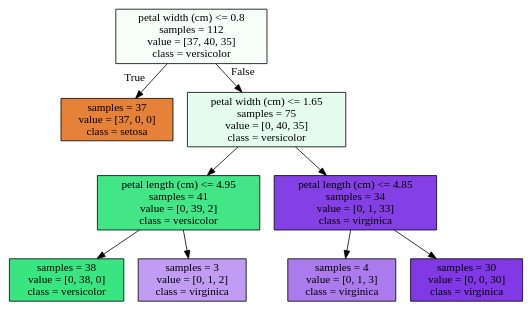
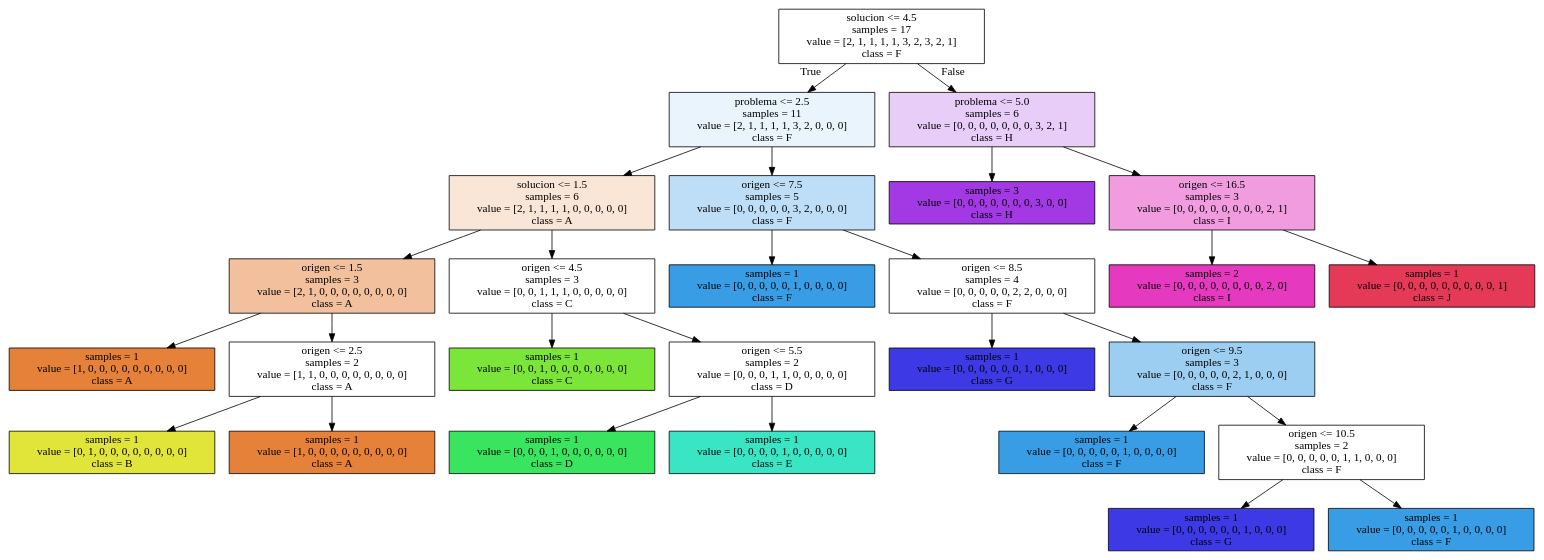
The diagram in docs/Source.gv (JosephPG/DecisionTreeExample), drawn with Graphviz before and after one commit. The commit also changed 16 other files, not shown here.

```diff
--- a/docs/Source.gv
+++ b/docs/Source.gv
@@ -1,20 +1,56 @@
 digraph Tree {
 node [shape=box, style="filled", color="black"] ;
-0 [label="petal width (cm) <= 0.8\nsamples = 112\nvalue = [37, 40, 35]\nclass = versicolor", fillcolor="#39e5810a"] ;
-1 [label="samples = 37\nvalue = [37, 0, 0]\nclass = setosa", fillcolor="#e58139ff"] ;
+0 [label="solucion <= 4.5\nsamples = 17\nvalue = [2, 1, 1, 1, 1, 3, 2, 3, 2, 1]\nclass = F", fillcolor="#399de500"] ;
+1 [label="problema <= 2.5\nsamples = 11\nvalue = [2, 1, 1, 1, 1, 3, 2, 0, 0, 0]\nclass = F", fillcolor="#399de51c"] ;
 0 -> 1 [labeldistance=2.5, labelangle=45, headlabel="True"] ;
-2 [label="petal width (cm) <= 1.65\nsamples = 75\nvalue = [0, 40, 35]\nclass = versicolor", fillcolor="#39e58120"] ;
-0 -> 2 [labeldistance=2.5, labelangle=-45, headlabel="False"] ;
-3 [label="petal length (cm) <= 4.95\nsamples = 41\nvalue = [0, 39, 2]\nclass = versicolor", fillcolor="#39e581f2"] ;
+2 [label="solucion <= 1.5\nsamples = 6\nvalue = [2, 1, 1, 1, 1, 0, 0, 0, 0, 0]\nclass = A", fillcolor="#e5813933"] ;
+1 -> 2 ;
+3 [label="origen <= 1.5\nsamples = 3\nvalue = [2, 1, 0, 0, 0, 0, 0, 0, 0, 0]\nclass = A", fillcolor="#e581397f"] ;
 2 -> 3 ;
-4 [label="samples = 38\nvalue = [0, 38, 0]\nclass = versicolor", fillcolor="#39e581ff"] ;
+4 [label="samples = 1\nvalue = [1, 0, 0, 0, 0, 0, 0, 0, 0, 0]\nclass = A", fillcolor="#e58139ff"] ;
 3 -> 4 ;
-5 [label="samples = 3\nvalue = [0, 1, 2]\nclass = virginica", fillcolor="#8139e57f"] ;
+5 [label="origen <= 2.5\nsamples = 2\nvalue = [1, 1, 0, 0, 0, 0, 0, 0, 0, 0]\nclass = A", fillcolor="#e5813900"] ;
 3 -> 5 ;
-6 [label="petal length (cm) <= 4.85\nsamples = 34\nvalue = [0, 1, 33]\nclass = virginica", fillcolor="#8139e5f7"] ;
-2 -> 6 ;
-7 [label="samples = 4\nvalue = [0, 1, 3]\nclass = virginica", fillcolor="#8139e5aa"] ;
-6 -> 7 ;
-8 [label="samples = 30\nvalue = [0, 0, 30]\nclass = virginica", fillcolor="#8139e5ff"] ;
-6 -> 8 ;
+6 [label="samples = 1\nvalue = [0, 1, 0, 0, 0, 0, 0, 0, 0, 0]\nclass = B", fillcolor="#e2e539ff"] ;
+5 -> 6 ;
+7 [label="samples = 1\nvalue = [1, 0, 0, 0, 0, 0, 0, 0, 0, 0]\nclass = A", fillcolor="#e58139ff"] ;
+5 -> 7 ;
+8 [label="origen <= 4.5\nsamples = 3\nvalue = [0, 0, 1, 1, 1, 0, 0, 0, 0, 0]\nclass = C", fillcolor="#7be53900"] ;
+2 -> 8 ;
+9 [label="samples = 1\nvalue = [0, 0, 1, 0, 0, 0, 0, 0, 0, 0]\nclass = C", fillcolor="#7be539ff"] ;
+8 -> 9 ;
+10 [label="origen <= 5.5\nsamples = 2\nvalue = [0, 0, 0, 1, 1, 0, 0, 0, 0, 0]\nclass = D", fillcolor="#39e55e00"] ;
+8 -> 10 ;
+11 [label="samples = 1\nvalue = [0, 0, 0, 1, 0, 0, 0, 0, 0, 0]\nclass = D", fillcolor="#39e55eff"] ;
+10 -> 11 ;
+12 [label="samples = 1\nvalue = [0, 0, 0, 0, 1, 0, 0, 0, 0, 0]\nclass = E", fillcolor="#39e5c5ff"] ;
+10 -> 12 ;
+13 [label="origen <= 7.5\nsamples = 5\nvalue = [0, 0, 0, 0, 0, 3, 2, 0, 0, 0]\nclass = F", fillcolor="#399de555"] ;
+1 -> 13 ;
+14 [label="samples = 1\nvalue = [0, 0, 0, 0, 0, 1, 0, 0, 0, 0]\nclass = F", fillcolor="#399de5ff"] ;
+13 -> 14 ;
+15 [label="origen <= 8.5\nsamples = 4\nvalue = [0, 0, 0, 0, 0, 2, 2, 0, 0, 0]\nclass = F", fillcolor="#399de500"] ;
+13 -> 15 ;
+16 [label="samples = 1\nvalue = [0, 0, 0, 0, 0, 0, 1, 0, 0, 0]\nclass = G", fillcolor="#3c39e5ff"] ;
+15 -> 16 ;
+17 [label="origen <= 9.5\nsamples = 3\nvalue = [0, 0, 0, 0, 0, 2, 1, 0, 0, 0]\nclass = F", fillcolor="#399de57f"] ;
+15 -> 17 ;
+18 [label="samples = 1\nvalue = [0, 0, 0, 0, 0, 1, 0, 0, 0, 0]\nclass = F", fillcolor="#399de5ff"] ;
+17 -> 18 ;
+19 [label="origen <= 10.5\nsamples = 2\nvalue = [0, 0, 0, 0, 0, 1, 1, 0, 0, 0]\nclass = F", fillcolor="#399de500"] ;
+17 -> 19 ;
+20 [label="samples = 1\nvalue = [0, 0, 0, 0, 0, 0, 1, 0, 0, 0]\nclass = G", fillcolor="#3c39e5ff"] ;
+19 -> 20 ;
+21 [label="samples = 1\nvalue = [0, 0, 0, 0, 0, 1, 0, 0, 0, 0]\nclass = F", fillcolor="#399de5ff"] ;
+19 -> 21 ;
+22 [label="problema <= 5.0\nsamples = 6\nvalue = [0, 0, 0, 0, 0, 0, 0, 3, 2, 1]\nclass = H", fillcolor="#a339e540"] ;
+0 -> 22 [labeldistance=2.5, labelangle=-45, headlabel="False"] ;
+23 [label="samples = 3\nvalue = [0, 0, 0, 0, 0, 0, 0, 3, 0, 0]\nclass = H", fillcolor="#a339e5ff"] ;
+22 -> 23 ;
+24 [label="origen <= 16.5\nsamples = 3\nvalue = [0, 0, 0, 0, 0, 0, 0, 0, 2, 1]\nclass = I", fillcolor="#e539c07f"] ;
+22 -> 24 ;
+25 [label="samples = 2\nvalue = [0, 0, 0, 0, 0, 0, 0, 0, 2, 0]\nclass = I", fillcolor="#e539c0ff"] ;
+24 -> 25 ;
+26 [label="samples = 1\nvalue = [0, 0, 0, 0, 0, 0, 0, 0, 0, 1]\nclass = J", fillcolor="#e53958ff"] ;
+24 -> 26 ;
 }
```
